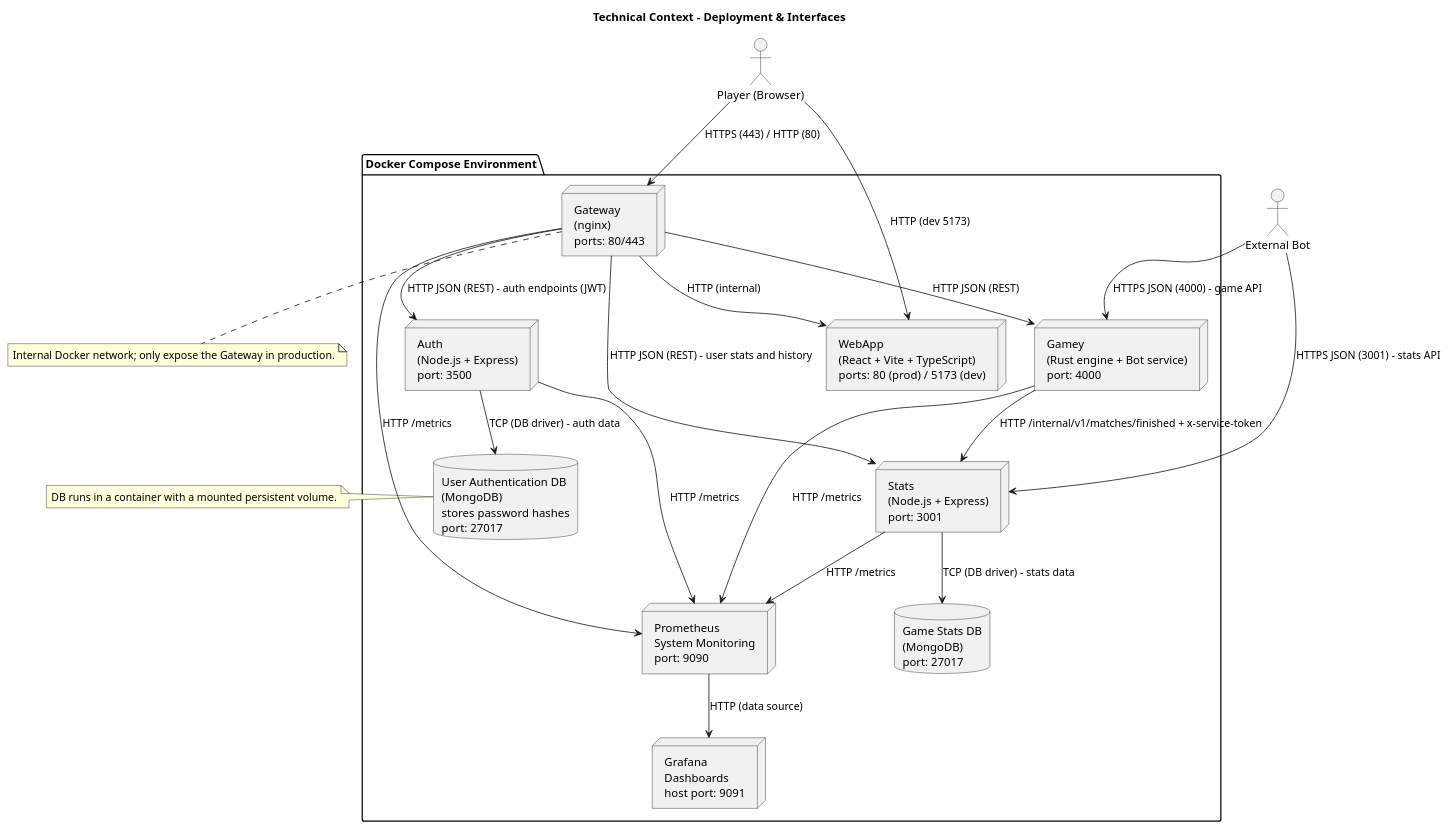
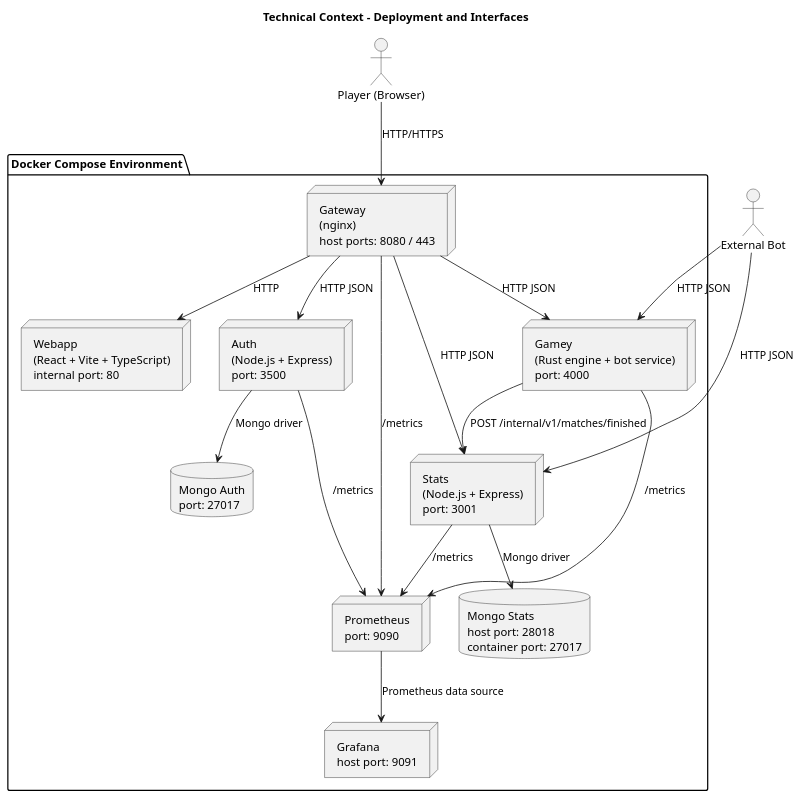
Before and after one commit to Arquisoft/yovi_es4b: the second of 2 diagrams in docs/src/03_context_and_scope.adoc, drawn with PlantUML. The commit also changed other lines of this file and 26 other files, not shown here.

```diff
--- a/docs/src/03_context_and_scope.adoc
+++ b/docs/src/03_context_and_scope.adoc
@@ -82,56 +60,40 @@
 [plantuml, target=technical-context-diagram, format=png]
 ----
 @startuml
-title Technical Context - Deployment & Interfaces
+title Technical Context - Deployment and Interfaces
 
 actor "Player (Browser)" as Browser
 actor "External Bot" as ExternalBot
 
 package "Docker Compose Environment" {
-
-    node "Gateway\n(nginx)\nports: 80/443" as Gateway
-    node "WebApp\n(React + Vite + TypeScript)\nports: 80 (prod) / 5173 (dev)" as WebApp
+    node "Gateway\n(nginx)\nhost ports: 8080 / 443" as Gateway
+    node "Webapp\n(React + Vite + TypeScript)\ninternal port: 80" as WebApp
     node "Auth\n(Node.js + Express)\nport: 3500" as Auth
     node "Stats\n(Node.js + Express)\nport: 3001" as Stats
-    node "Gamey\n(Rust engine + Bot service)\nport: 4000" as Gamey
-
-    database "User Authentication DB\n(MongoDB)\nstores password hashes\nport: 27017" as UserDB
-    database "Game Stats DB\n(MongoDB)\nport: 27017" as GameDB
-
-    node "Prometheus\nSystem Monitoring\nport: 9090" as Prometheus
-    node "Grafana\nDashboards\nhost port: 9091" as Grafana
+    node "Gamey\n(Rust engine + bot service)\nport: 4000" as Gamey
+    database "Mongo Auth\nport: 27017" as UserDB
+    database "Mongo Stats\nhost port: 28018\ncontainer port: 27017" as GameDB
+    node "Prometheus\nport: 9090" as Prometheus
+    node "Grafana\nhost port: 9091" as Grafana
 }
 
-' --- External interactions ---
-Browser --> Gateway : HTTPS (443) / HTTP (80)
-Browser --> WebApp : HTTP (dev 5173)
+Browser --> Gateway : HTTP/HTTPS
+ExternalBot --> Gamey : HTTP JSON
+ExternalBot --> Stats : HTTP JSON
 
-ExternalBot --> Gamey : HTTPS JSON (4000) - game API
-ExternalBot --> Stats : HTTPS JSON (3001) - stats API
+Gateway --> WebApp : HTTP
+Gateway --> Auth : HTTP JSON
+Gateway --> Stats : HTTP JSON
+Gateway --> Gamey : HTTP JSON
 
-' --- Internal service communication ---
-Gateway --> WebApp : HTTP (internal)
-Gateway --> Auth : HTTP JSON (REST) - auth endpoints (JWT)
-Gateway --> Stats : HTTP JSON (REST) - user stats and history
-Gateway --> Gamey : HTTP JSON (REST)
-Auth --> UserDB : TCP (DB driver) - auth data
-Gamey --> Stats : HTTP /internal/v1/matches/finished + x-service-token
-Stats --> GameDB : TCP (DB driver) - stats data
+Auth --> UserDB : Mongo driver
+Stats --> GameDB : Mongo driver
+Gamey --> Stats : POST /internal/v1/matches/finished
 
-' --- Monitoring ---
-Gateway --> Prometheus : HTTP /metrics
-Auth --> Prometheus : HTTP /metrics
-Stats --> Prometheus : HTTP /metrics
-Gamey --> Prometheus : HTTP /metrics
-Prometheus --> Grafana : HTTP (data source)
-
-note left of UserDB
-DB runs in a container with a mounted persistent volume.
-end note
-
-note bottom of Gateway
-Internal Docker network; only expose the Gateway in production.
-end note
-
+Gateway --> Prometheus : /metrics
+Auth --> Prometheus : /metrics
+Stats --> Prometheus : /metrics
+Gamey --> Prometheus : /metrics
+Prometheus --> Grafana : Prometheus data source
 @enduml
 ----
```
